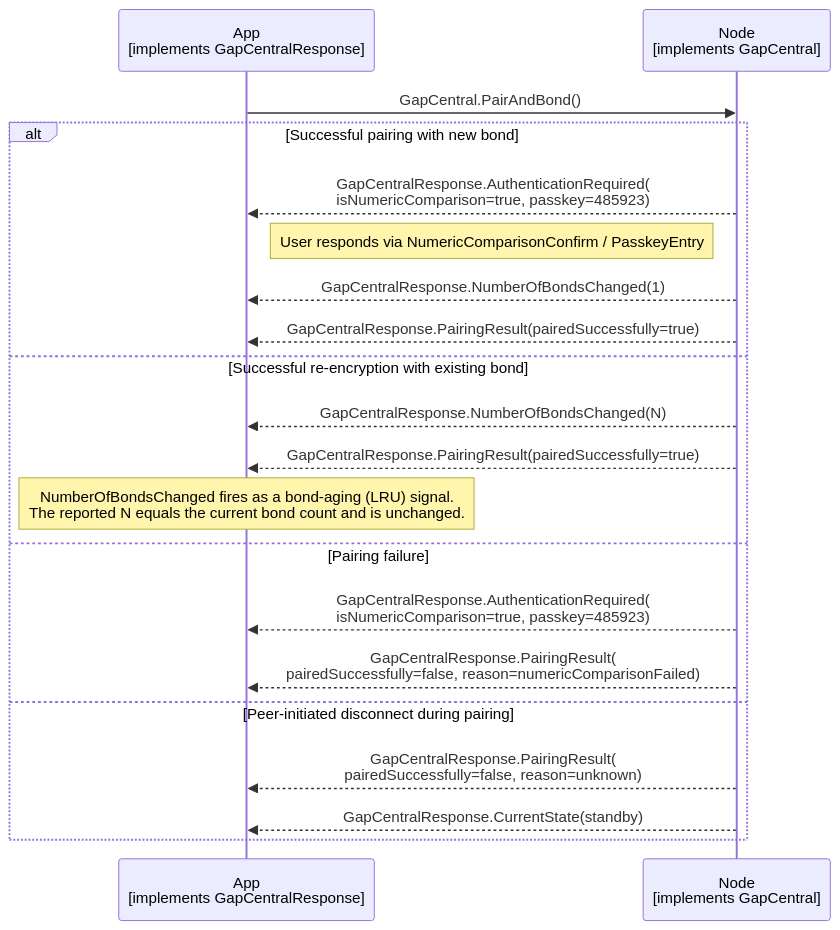
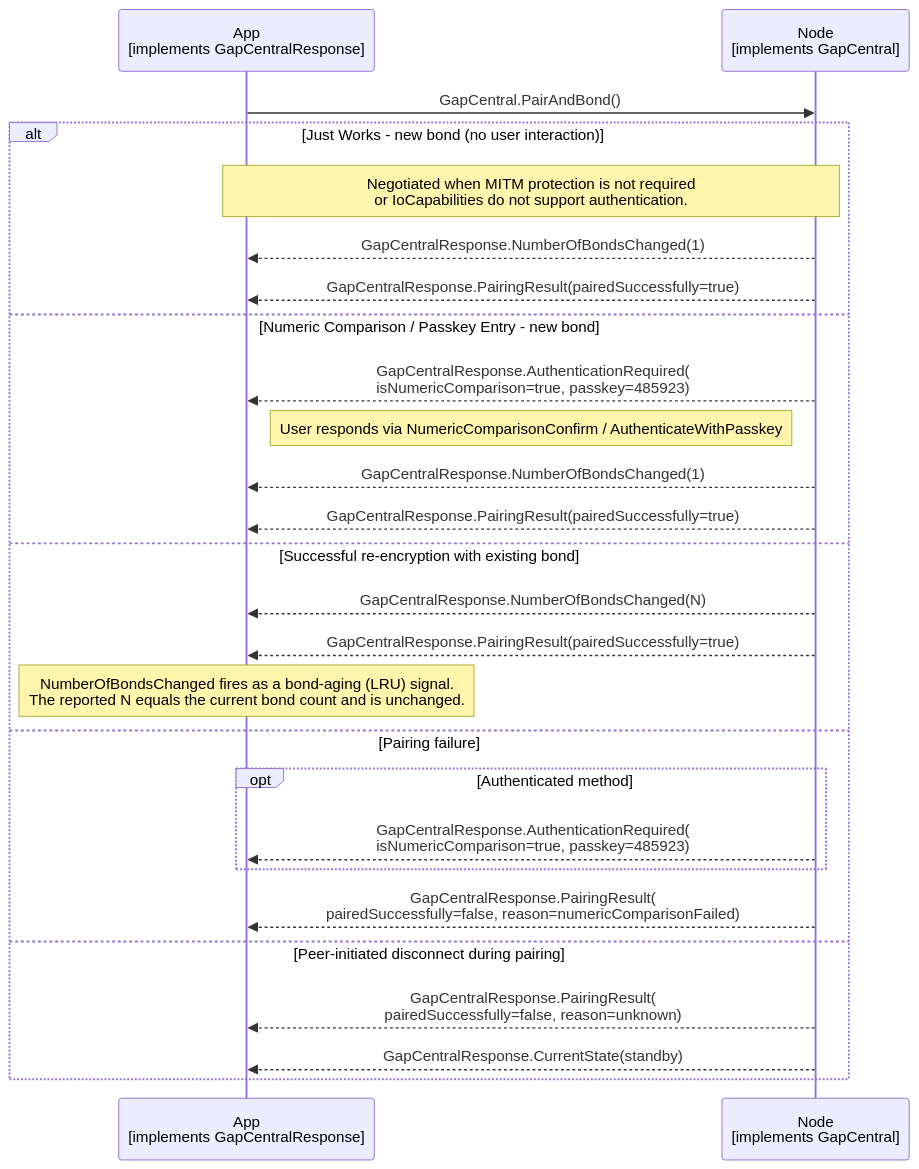
The diagram in documents/modules/ROOT/partials/echoservices/gap_central/GapCentral_PairAndBond_sequence.mmd (philips-software/amp-embedded-infra-lib), drawn with Mermaid before and after one commit.

Commit message:
added just works alt pairing

```diff
--- a/documents/modules/ROOT/partials/echoservices/gap_central/GapCentral_PairAndBond_sequence.mmd
+++ b/documents/modules/ROOT/partials/echoservices/gap_central/GapCentral_PairAndBond_sequence.mmd
@@ -1,22 +1,28 @@
 sequenceDiagram
     participant App as App<br>[implements GapCentralResponse]
     participant Node as Node<br>[implements GapCentral]
 
     App->>Node: GapCentral.PairAndBond()
 
-    alt Successful pairing with new bond
+    alt Just Works - new bond (no user interaction)
+        Note over App, Node: Negotiated when MITM protection is not required<br>or IoCapabilities do not support authentication.
+        Node-->>App: GapCentralResponse.NumberOfBondsChanged(1)
+        Node-->>App: GapCentralResponse.PairingResult(pairedSuccessfully=true)
+    else Numeric Comparison / Passkey Entry - new bond
         Node-->>App: GapCentralResponse.AuthenticationRequired(<br>isNumericComparison=true, passkey=485923)
-        Note right of App: User responds via NumericComparisonConfirm / PasskeyEntry
+        Note right of App: User responds via NumericComparisonConfirm / AuthenticateWithPasskey
         Node-->>App: GapCentralResponse.NumberOfBondsChanged(1)
         Node-->>App: GapCentralResponse.PairingResult(pairedSuccessfully=true)
     else Successful re-encryption with existing bond
         Node-->>App: GapCentralResponse.NumberOfBondsChanged(N)
         Node-->>App: GapCentralResponse.PairingResult(pairedSuccessfully=true)
         Note over App: NumberOfBondsChanged fires as a bond-aging (LRU) signal.<br>The reported N equals the current bond count and is unchanged.
     else Pairing failure
-        Node-->>App: GapCentralResponse.AuthenticationRequired(<br>isNumericComparison=true, passkey=485923)
+        opt Authenticated method
+            Node-->>App: GapCentralResponse.AuthenticationRequired(<br>isNumericComparison=true, passkey=485923)
+        end
         Node-->>App: GapCentralResponse.PairingResult(<br>pairedSuccessfully=false, reason=numericComparisonFailed)
     else Peer-initiated disconnect during pairing
         Node-->>App: GapCentralResponse.PairingResult(<br>pairedSuccessfully=false, reason=unknown)
         Node-->>App: GapCentralResponse.CurrentState(standby)
     end
```
